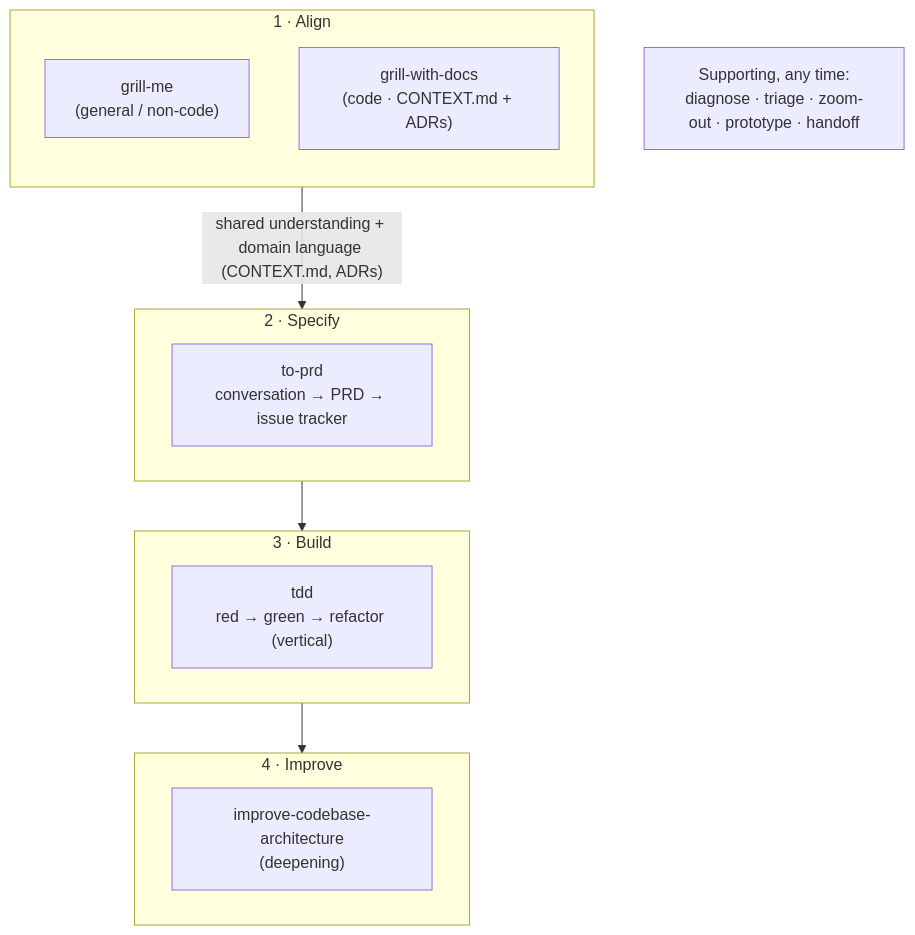
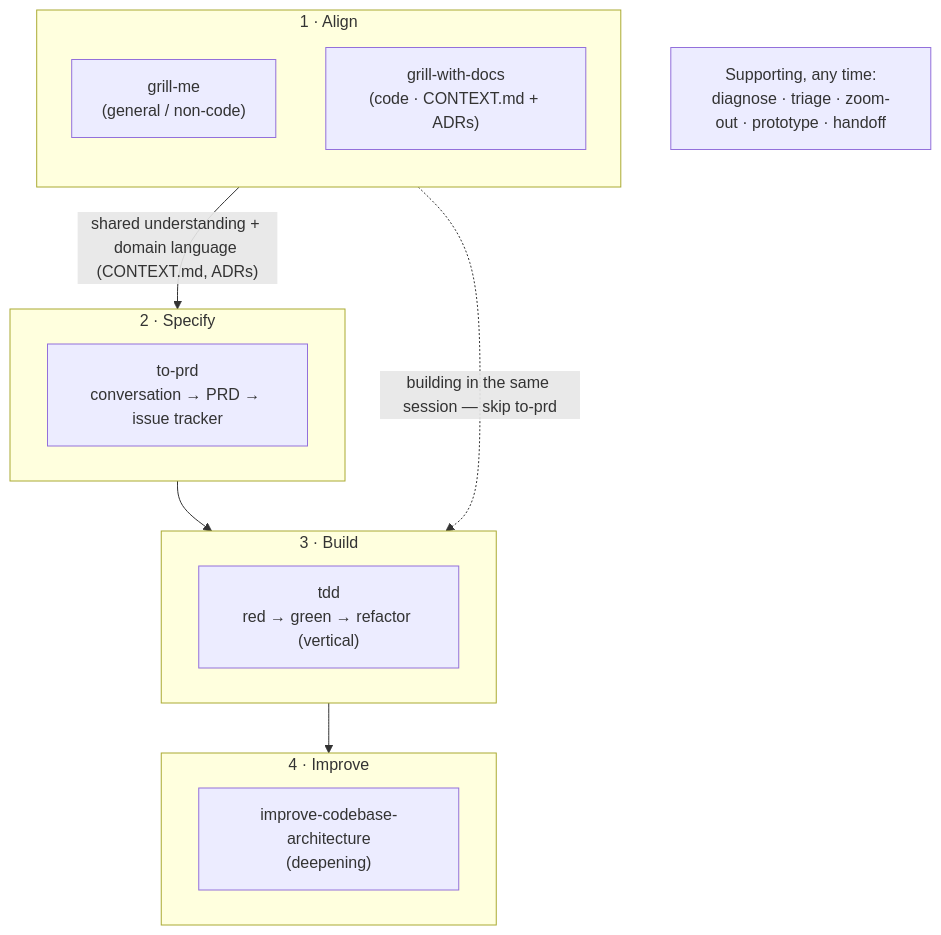
The diagram in docs/upstream-skill-workflow.md (hideki5123/agent-skill-set), drawn with Mermaid before and after one commit. The commit also changed other lines of this file, not shown here.

First line of the commit message:
docs(upstream-workflow): clarify to-prd is a handoff-only stage

````diff
--- a/docs/upstream-skill-workflow.md
+++ b/docs/upstream-skill-workflow.md
@@ -28,23 +28,24 @@
 ```mermaid
 flowchart TD
     subgraph ALIGN["1 · Align"]
         direction TB
         A1["grill-me<br/>(general / non-code)"]
         A2["grill-with-docs<br/>(code · CONTEXT.md + ADRs)"]
     end
     subgraph SPECIFY["2 · Specify"]
         B["to-prd<br/>conversation → PRD → issue tracker"]
     end
     subgraph BUILD["3 · Build"]
         C["tdd<br/>red → green → refactor (vertical)"]
     end
     subgraph IMPROVE["4 · Improve"]
         D["improve-codebase-architecture<br/>(deepening)"]
     end
 
     ALIGN -- "shared understanding + domain language (CONTEXT.md, ADRs)" --> SPECIFY
     SPECIFY --> BUILD
     BUILD --> IMPROVE
+    ALIGN -. "building in the same session — skip to-prd" .-> BUILD
 
     SUP["Supporting, any time:<br/>diagnose · triage · zoom-out · prototype · handoff"]
 ```
````
